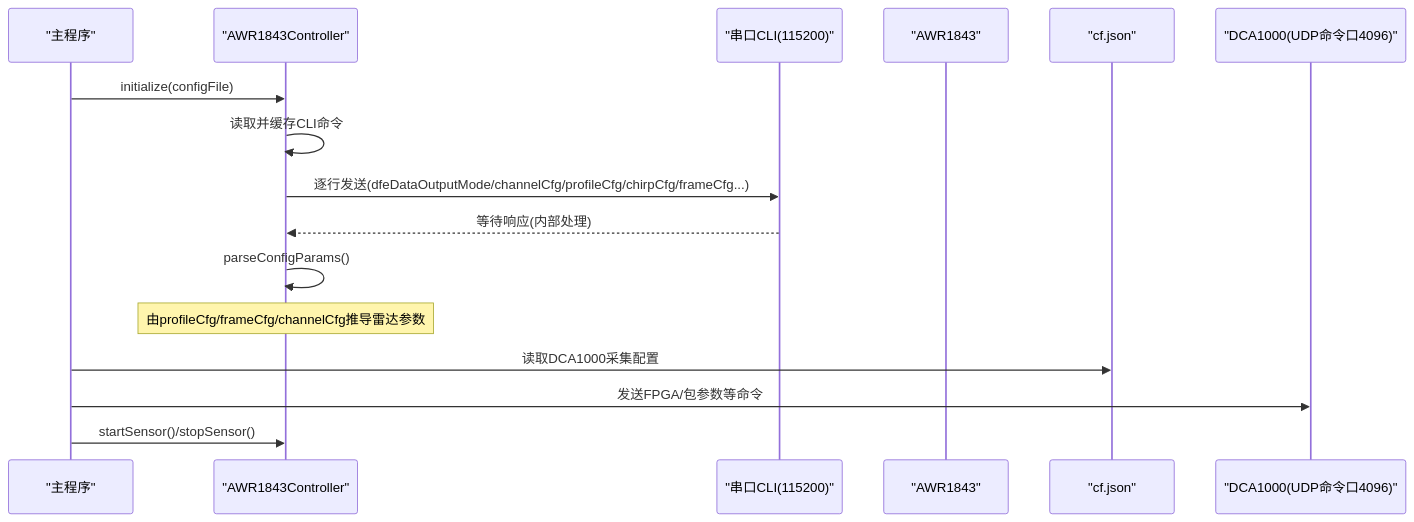
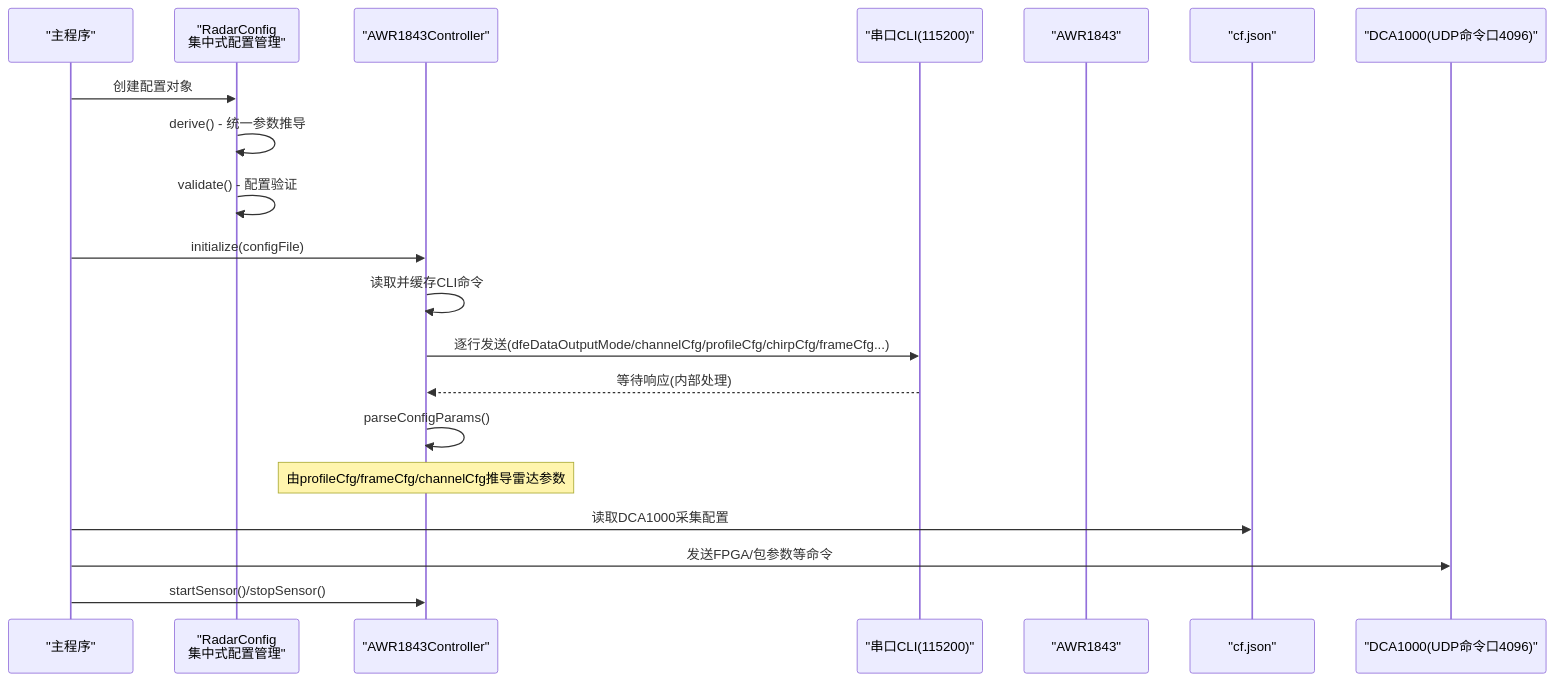
Before and after one commit to Lukad77/awr1843-radar-toolkit: the second of 5 diagrams in .qoder/repowiki/zh/content/雷达与采集参数配置文件.md, drawn with Mermaid. The commit also changed other lines of this file and 11 other files, not shown here.

````diff
--- a/.qoder/repowiki/zh/content/雷达与采集参数配置文件.md
+++ b/.qoder/repowiki/zh/content/雷达与采集参数配置文件.md
@@ -80,18 +97,22 @@
 ```mermaid
 sequenceDiagram
 participant Main as "主程序"
+participant RC as "RadarConfig<br/>集中式配置管理"
 participant Ctrl as "AWR1843Controller"
 participant Serial as "串口CLI(115200)"
 participant Radar as "AWR1843"
 participant JSON as "cf.json"
 participant DCA as "DCA1000(UDP命令口4096)"
+Main->>RC : 创建配置对象
+RC->>RC : derive() - 统一参数推导
+RC->>RC : validate() - 配置验证
 Main->>Ctrl : initialize(configFile)
 Ctrl->>Ctrl : 读取并缓存CLI命令
 Ctrl->>Serial : 逐行发送(dfeDataOutputMode/channelCfg/profileCfg/chirpCfg/frameCfg...)
 Serial-->>Ctrl : 等待响应(内部处理)
 Ctrl->>Ctrl : parseConfigParams()
 Note over Ctrl : 由profileCfg/frameCfg/channelCfg推导雷达参数
 Main->>JSON : 读取DCA1000采集配置
 Main->>DCA : 发送FPGA/包参数等命令
 Main->>Ctrl : startSensor()/stopSensor()
 ```
````
